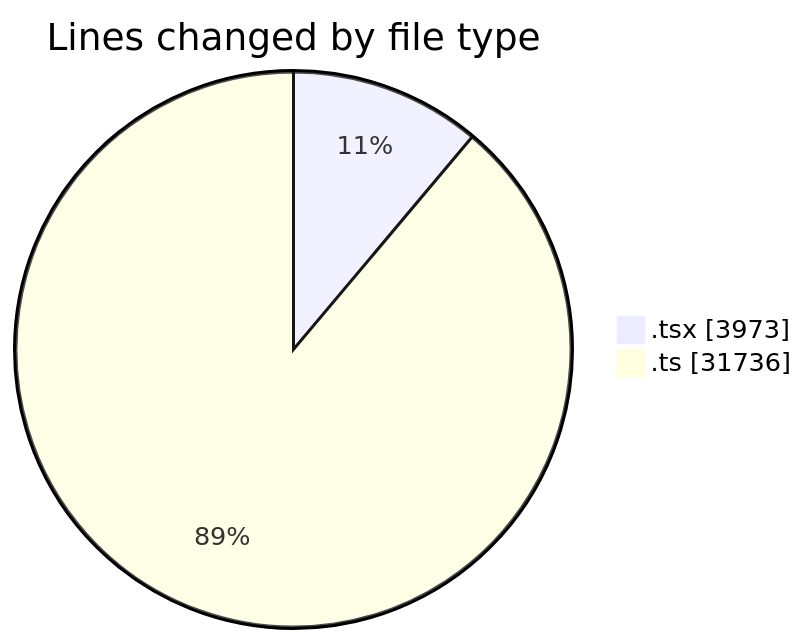
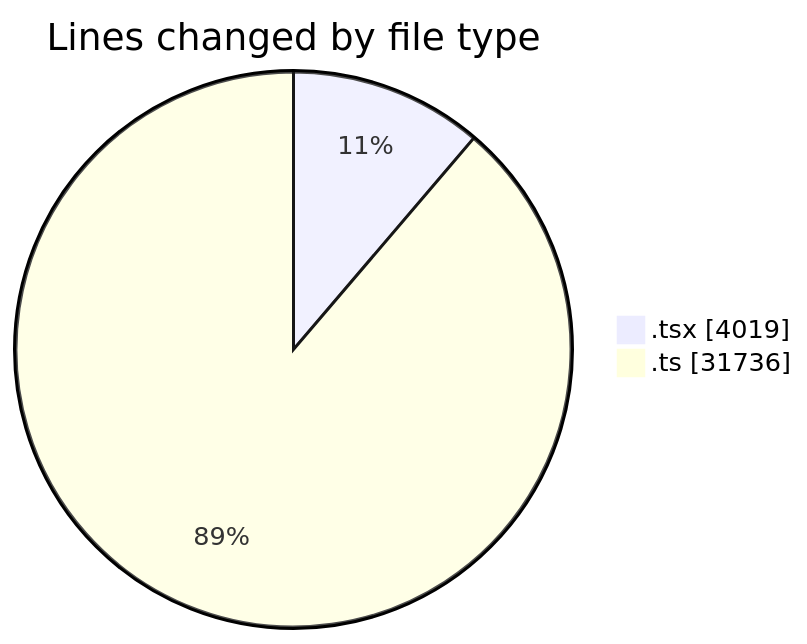
The first of 2 diagrams in 2025-07-07/cda/README.md (momahboobian/code-tracking), drawn with Mermaid before and after one commit. The commit also changed other lines of this file and 1 other file, not shown here.

````diff
--- a/2025-07-07/cda/README.md
+++ b/2025-07-07/cda/README.md
@@ -28,6 +28,6 @@
 ```mermaid
 pie showData
 title Lines changed by file type
-".tsx" : 3973
+".tsx" : 4019
 ".ts" : 31736
 ```
````
